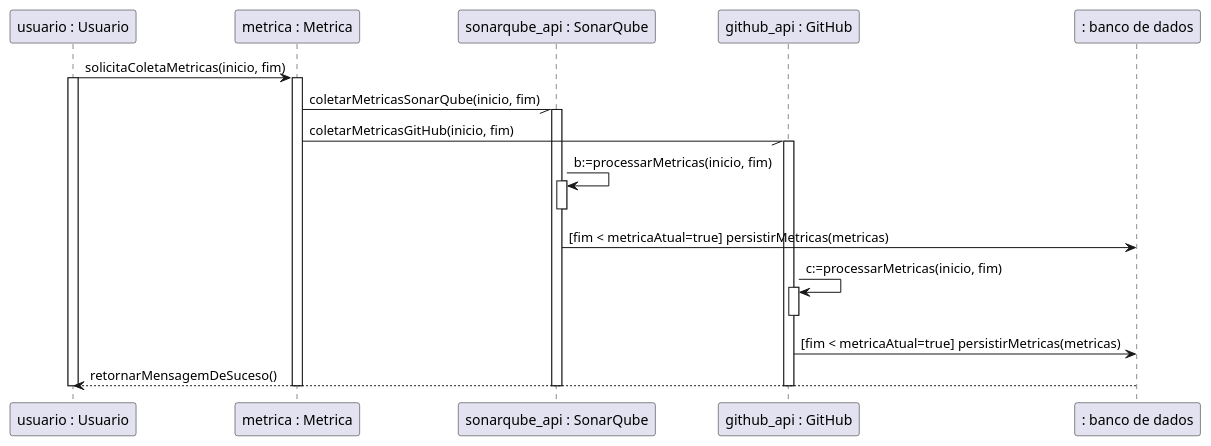
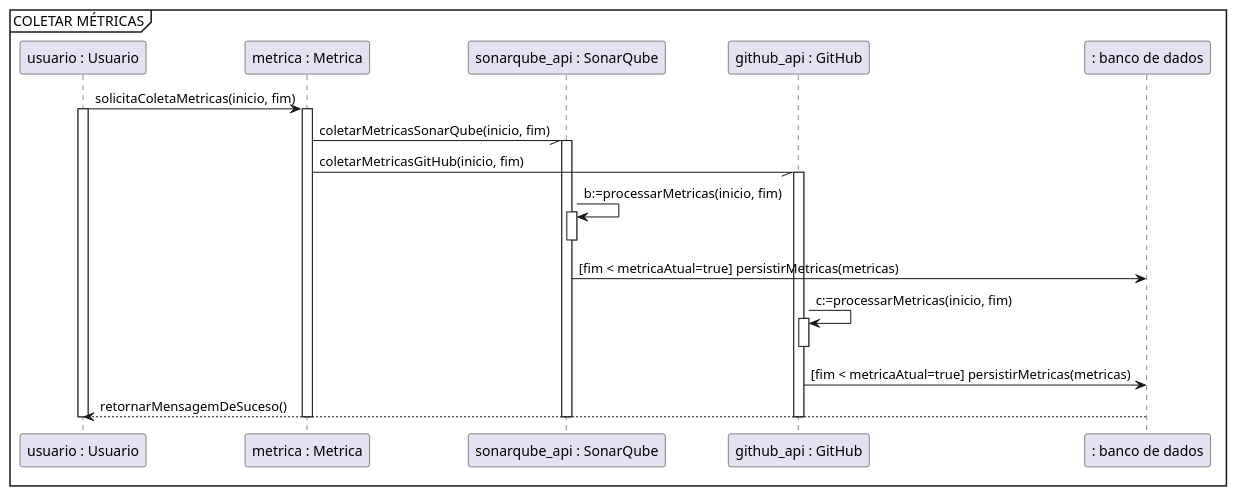
The diagram in Diagrama de Sequencia/sequencia_proj_final_c4.wsd (yurilsn/DiagramasUml), drawn with PlantUML before and after one commit. The commit also changed 4 other files, not shown here.

```diff
--- a/Diagrama de Sequencia/sequencia_proj_final_c4.wsd
+++ b/Diagrama de Sequencia/sequencia_proj_final_c4.wsd
@@ -1,41 +1,42 @@
 @startuml
-' COLETAR MÉTRICAS
+mainframe COLETAR MÉTRICAS
+
 
 "usuario : Usuario" as usuario -> "metrica : Metrica" as sistema : solicitaColetaMetricas(inicio, fim)
 activate usuario
 activate sistema
 
 
 sistema -// "sonarqube_api : SonarQube" as sonarQube : coletarMetricasSonarQube(inicio, fim)
 activate sonarQube
 
 sistema -// "github_api : GitHub" as github : coletarMetricasGitHub(inicio, fim)
 activate github
 
 sonarQube -> sonarQube : b:=processarMetricas(inicio, fim)
 activate sonarQube
 
 deactivate sonarQube
 sonarQube ->": banco de dados" as bd : [fim < metricaAtual=true] persistirMetricas(metricas)
 
 
 github -> github : c:=processarMetricas(inicio, fim)
 activate github
 
 deactivate github
 github -> bd : [fim < metricaAtual=true] persistirMetricas(metricas)
 
 
 bd --> usuario : retornarMensagemDeSuceso()
 
 ' sonarQube --> sistema : [fim < metricaAtual=true]retornarMetricasSonarQube(dadosSonarQube)
 
 ' deactivate github
 ' github --> sistema : [fim < metricaAtual=true]retornarMetricasGitHub(dadosGitHub)
 ' deactivate github
 ' sistema --> usuario: retornarTodasMetricas(dadosSonarQube, dadosGitHub)
 deactivate sonarQube
 deactivate github
 deactivate sistema
 deactivate usuario
 @enduml
```
